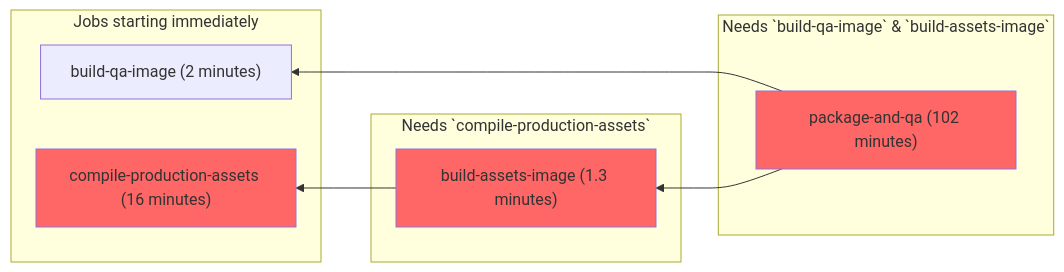
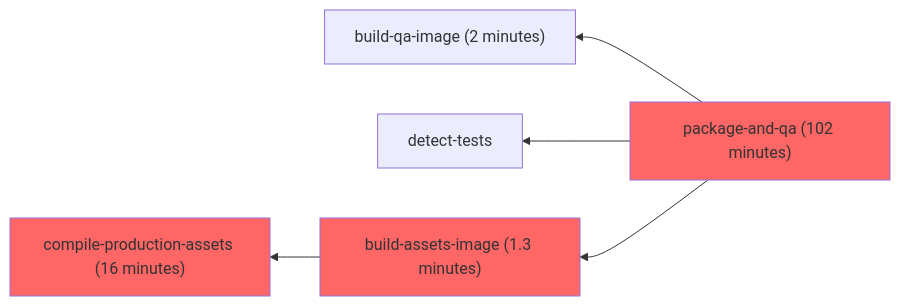
The sixth of 6 diagrams in doc/development/pipelines.md (diffblue/gitlab), drawn with Mermaid before and after one commit. The commit also changed other lines of this file, not shown here.

Commit message:
Simplify and clarify further pipeline type graphs and explanation

````diff
--- a/doc/development/pipelines.md
+++ b/doc/development/pipelines.md
@@ -466,25 +366,21 @@
 ```mermaid
 graph RL;
   classDef criticalPath fill:#f66;
 
-  subgraph "Jobs starting immediately";
-    1-2["build-qa-image (2 minutes)"];
-    click 1-2 "https://app.periscopedata.com/app/gitlab/652085/Engineering-Productivity---Pipeline-Build-Durations?widget=6914325&udv=0"
-    1-5["compile-production-assets (16 minutes)"];
-    class 1-5 criticalPath;
-    click 1-5 "https://app.periscopedata.com/app/gitlab/652085/Engineering-Productivity---Pipeline-Build-Durations?widget=6914312&udv=0"
-  end
+  1-2["build-qa-image (2 minutes)"];
+  click 1-2 "https://app.periscopedata.com/app/gitlab/652085/Engineering-Productivity---Pipeline-Build-Durations?widget=6914325&udv=0"
+  1-5["compile-production-assets (16 minutes)"];
+  class 1-5 criticalPath;
+  click 1-5 "https://app.periscopedata.com/app/gitlab/652085/Engineering-Productivity---Pipeline-Build-Durations?widget=6914312&udv=0"
+  1-15["detect-tests"];
+  click 1-15 "https://app.periscopedata.com/app/gitlab/652085/EP---Jobs-Durations?widget=10113603&udv=1005715"
 
   2_3-1["build-assets-image (1.3 minutes)"];
   class 2_3-1 criticalPath;
-  subgraph "Needs `compile-production-assets`";
-    2_3-1 --> 1-5
-  end
+  2_3-1 --> 1-5
 
   2_4-1["package-and-qa (102 minutes)"];
   class 2_4-1 criticalPath;
   click 2_4-1 "https://app.periscopedata.com/app/gitlab/652085/Engineering-Productivity---Pipeline-Build-Durations?widget=6914305&udv=0"
-  subgraph "Needs `build-qa-image` & `build-assets-image`";
-    2_4-1 --> 1-2 & 2_3-1;
-  end
+  2_4-1 --> 1-2 & 2_3-1 & 1-15;
 ```
````
